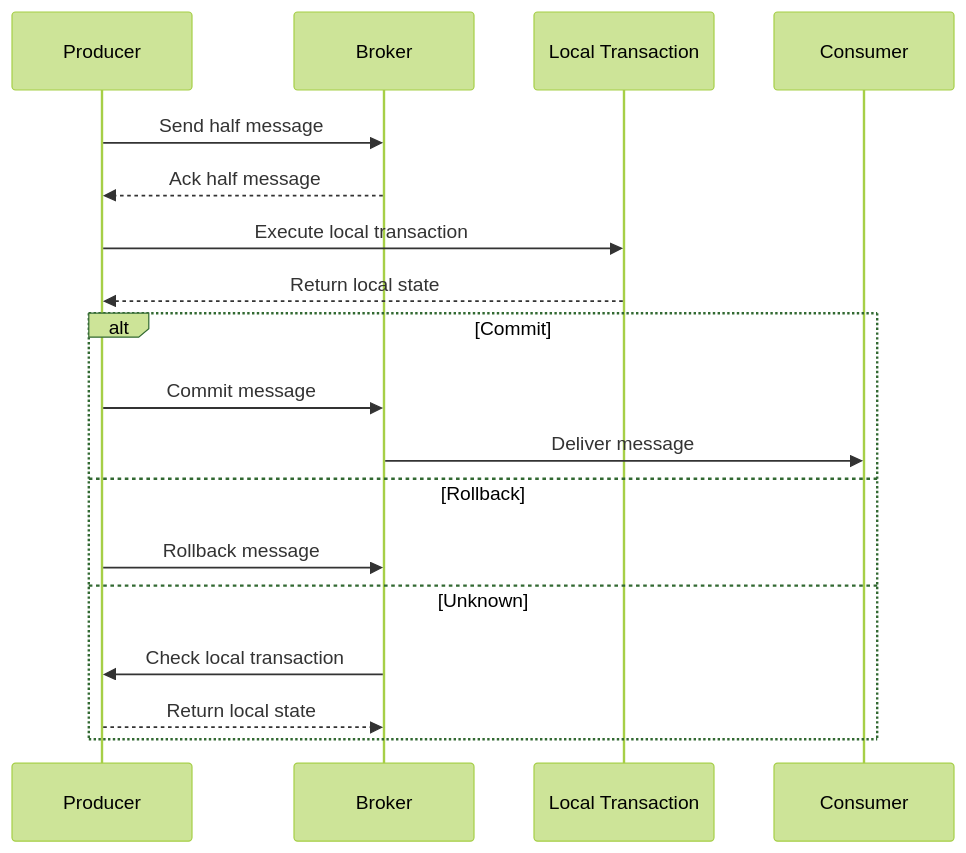
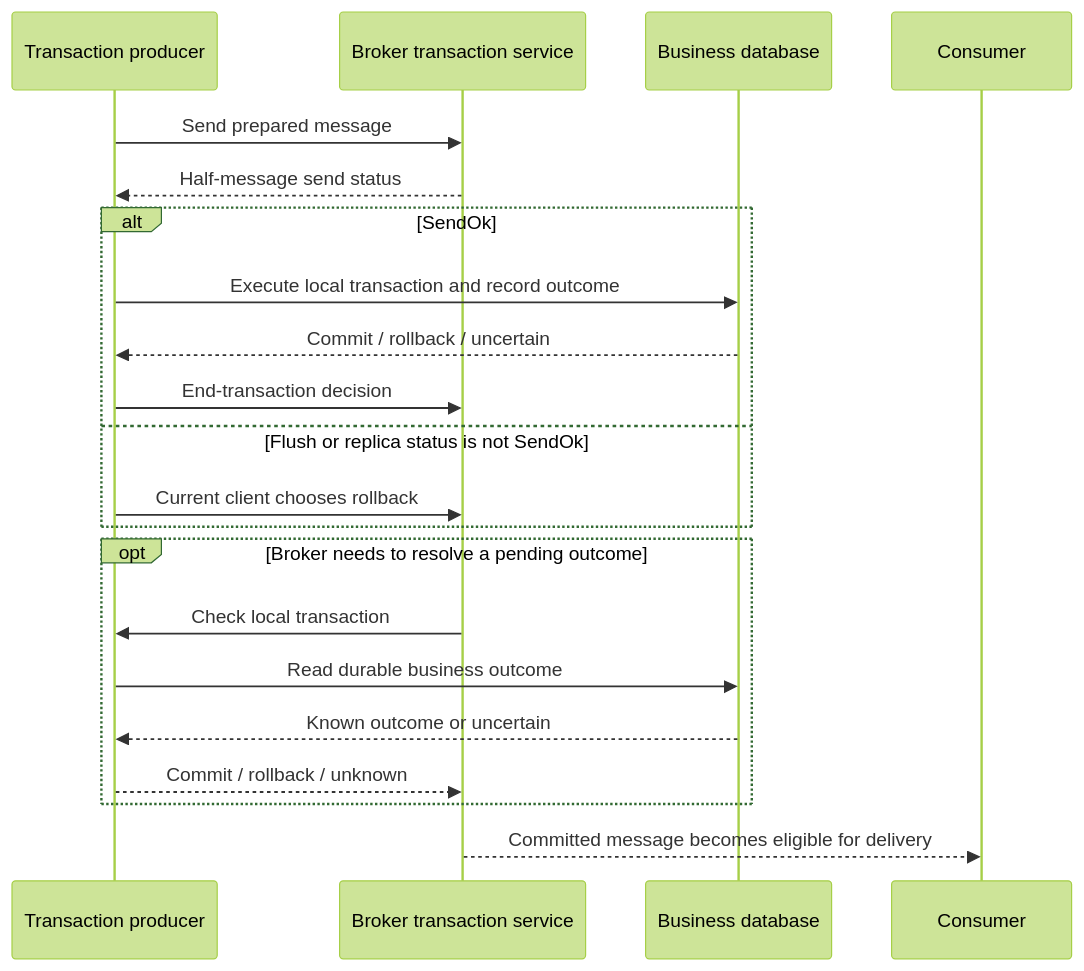
Before and after one commit to mxsm/rocketmq-rust: the diagram in rocketmq-website/docs/producer/transaction-messages.md, drawn with Mermaid (forest theme). The commit also changed other lines of this file and 16 other files, not shown here.

Commit message:
[ISSUE #10325]📝Document client APIs and message completion semantics

````diff
--- a/rocketmq-website/docs/producer/transaction-messages.md
+++ b/rocketmq-website/docs/producer/transaction-messages.md
@@ -20,22 +13,23 @@
 ```mermaid
 sequenceDiagram
-    participant P as Producer
-    participant B as Broker
-    participant L as Local Transaction
+    participant P as Transaction producer
+    participant B as Broker transaction service
+    participant D as Business database
     participant C as Consumer
-
-    P->>B: Send half message
-    B-->>P: Ack half message
-    P->>L: Execute local transaction
-    L-->>P: Return local state
-
-    alt Commit
-        P->>B: Commit message
-        B->>C: Deliver message
-    else Rollback
-        P->>B: Rollback message
-    else Unknown
+    P->>B: Send prepared message
+    B-->>P: Half-message send status
+    alt SendOk
+        P->>D: Execute local transaction and record outcome
+        D-->>P: Commit / rollback / uncertain
+        P->>B: End-transaction decision
+    else Flush or replica status is not SendOk
+        P->>B: Current client chooses rollback
+    end
+    opt Broker needs to resolve a pending outcome
         B->>P: Check local transaction
-        P-->>B: Return local state
+        P->>D: Read durable business outcome
+        D-->>P: Known outcome or uncertain
+        P-->>B: Commit / rollback / unknown
     end
+    B-->>C: Committed message becomes eligible for delivery
 ```
````
